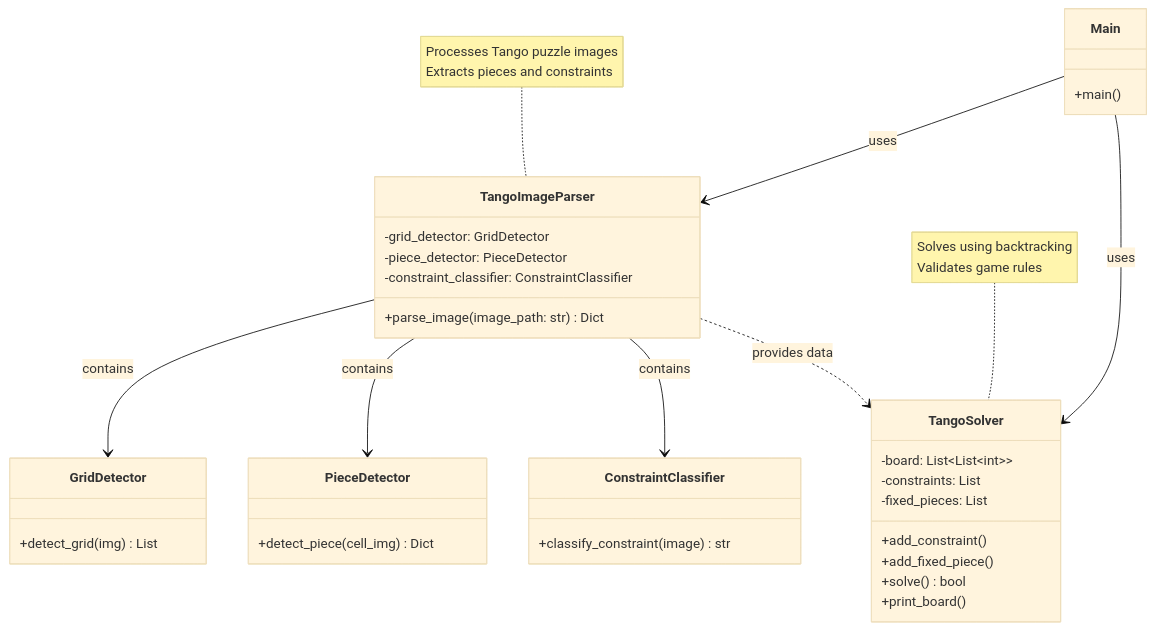
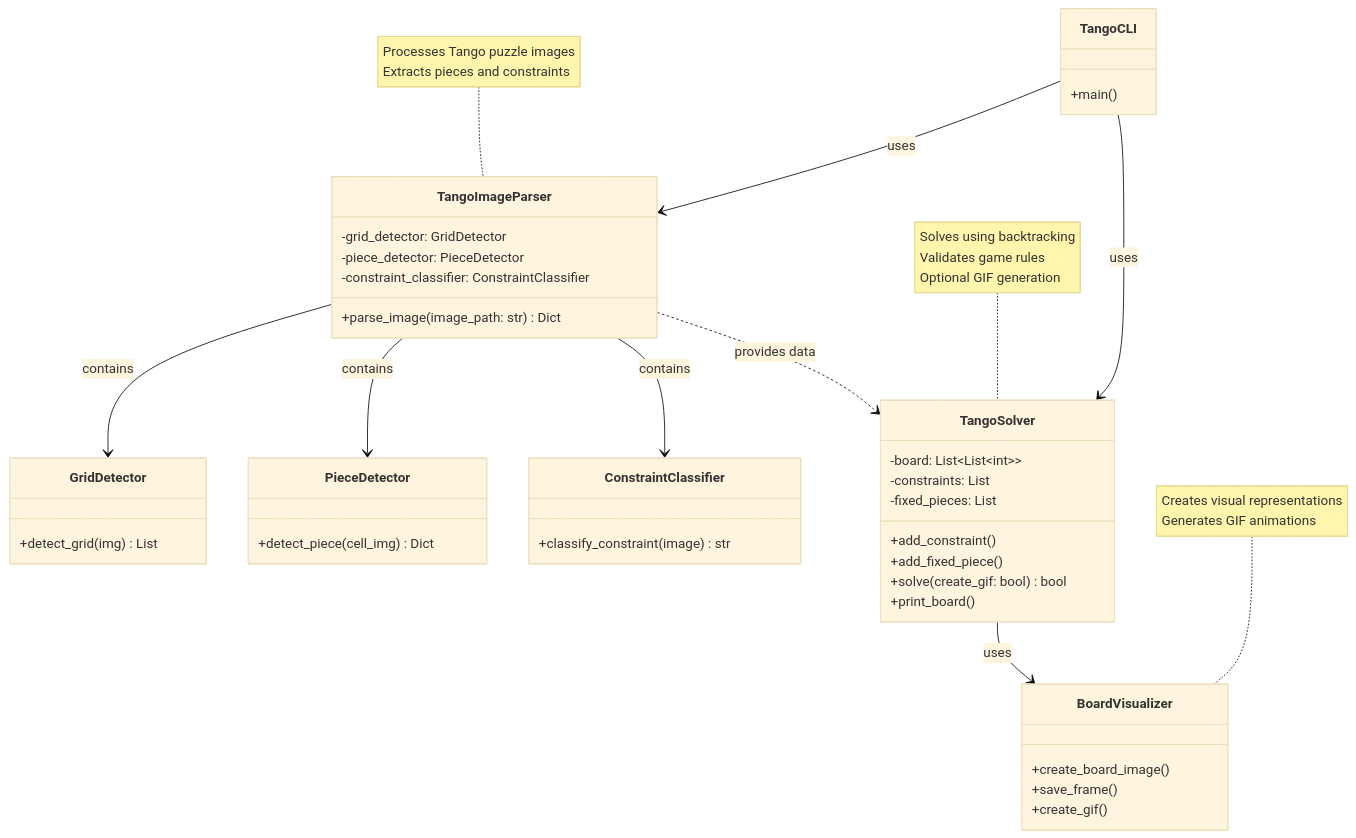
One commit to santipvz/tango_solver changed the diagram in README.md. Above: the diagram before and after it, drawn with Mermaid (base theme). The commit also changed other lines of this file and 9 other files, not shown here.

Commit message:
Created a function so we can generate a gif of the backtracking solution (just for fun)

````diff
--- a/README.md
+++ b/README.md
@@ -101,39 +129,46 @@
 ```mermaid
 classDiagram
 direction TB
-    class Main {
-	    +main()
+    class TangoCLI {
+        +main()
     }
     class TangoImageParser {
-	    -grid_detector: GridDetector
-	    -piece_detector: PieceDetector
-	    -constraint_classifier: ConstraintClassifier
-	    +parse_image(image_path: str) Dict
+        -grid_detector: GridDetector
+        -piece_detector: PieceDetector
+        -constraint_classifier: ConstraintClassifier
+        +parse_image(image_path: str) Dict
     }
     class TangoSolver {
-	    -board: List~List~int~~
-	    -constraints: List
-	    -fixed_pieces: List
-	    +add_constraint()
-	    +add_fixed_piece()
-	    +solve() bool
-	    +print_board()
+        -board: List~List~int~~
+        -constraints: List
+        -fixed_pieces: List
+        +add_constraint()
+        +add_fixed_piece()
+        +solve(create_gif: bool) bool
+        +print_board()
+    }
+    class BoardVisualizer {
+        +create_board_image()
+        +save_frame()
+        +create_gif()
     }
     class GridDetector {
-	    +detect_grid(img) List
+        +detect_grid(img) List
     }
     class PieceDetector {
-	    +detect_piece(cell_img) Dict
+        +detect_piece(cell_img) Dict
     }
     class ConstraintClassifier {
-	    +classify_constraint(image) str
+        +classify_constraint(image) str
     }
-	note for TangoImageParser "Processes Tango puzzle images<br/>Extracts pieces and constraints"
-	note for TangoSolver "Solves using backtracking<br/>Validates game rules"
-    Main --> TangoImageParser : uses
-    Main --> TangoSolver : uses
+    note for TangoImageParser "Processes Tango puzzle images<br/>Extracts pieces and constraints"
+    note for TangoSolver "Solves using backtracking<br/>Validates game rules<br/>Optional GIF generation"
+    note for BoardVisualizer "Creates visual representations<br/>Generates GIF animations"
+    TangoCLI --> TangoImageParser : uses
+    TangoCLI --> TangoSolver : uses
+    TangoSolver --> BoardVisualizer : uses
     TangoImageParser --> GridDetector : contains
     TangoImageParser --> PieceDetector : contains
     TangoImageParser --> ConstraintClassifier : contains
     TangoImageParser ..> TangoSolver : provides data
 ```
````
